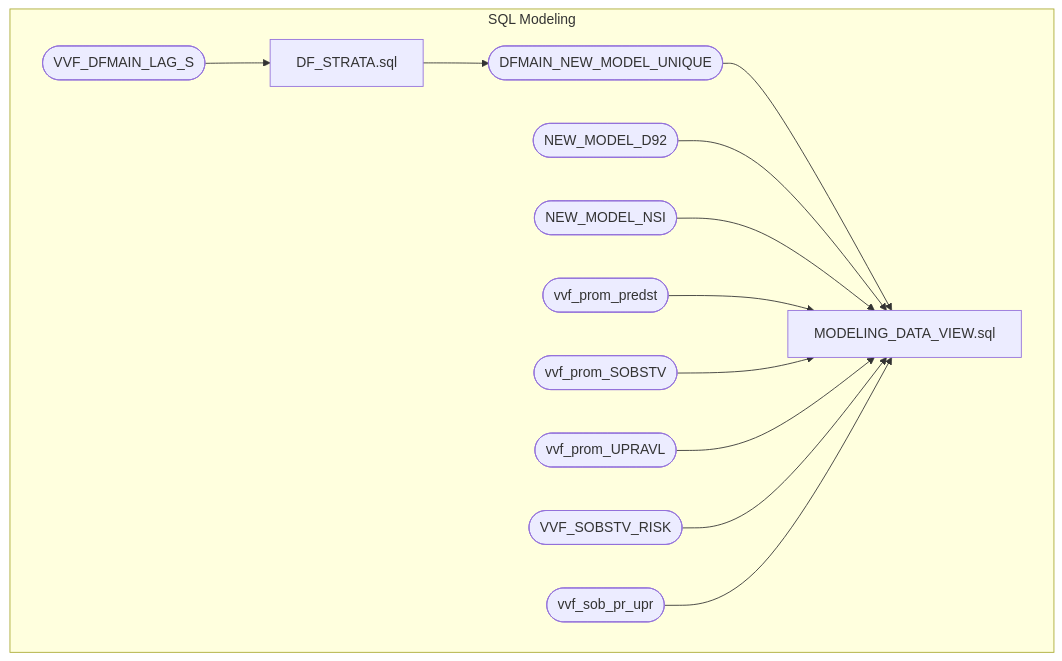
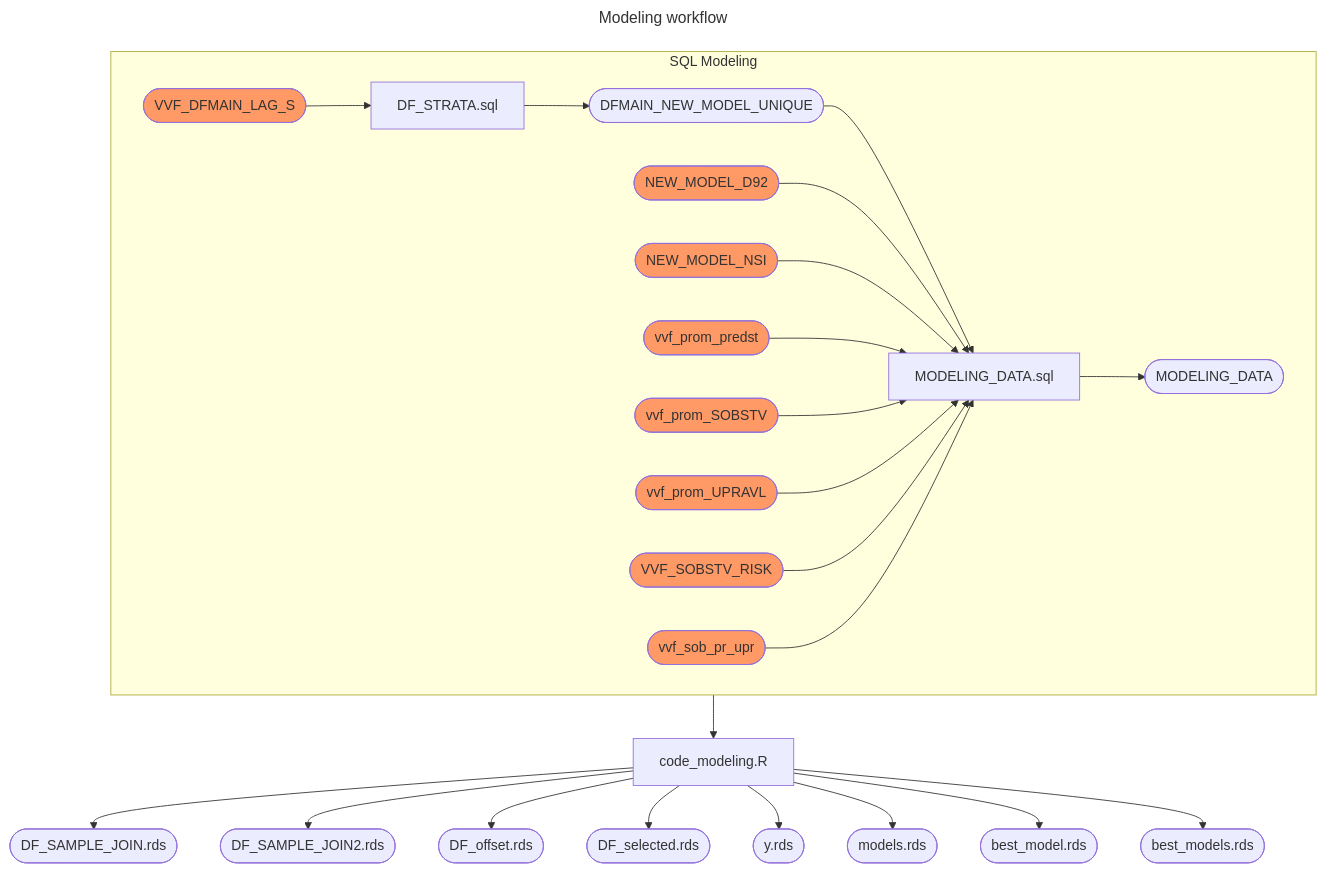
One commit to angel-marchev/case-cold-start-modeling changed the diagram in user-manual.md. Above: the diagram before and after it, drawn with Mermaid.

````diff
--- a/user-manual.md
+++ b/user-manual.md
@@ -1,18 +1,38 @@
 ```mermaid
+---
+title: Modeling workflow
+---
 flowchart TD;
   subgraph sql_model["SQL Modeling"]
     direction LR
     input_data([VVF_DFMAIN_LAG_S])-->strata[DF_STRATA.sql];
     strata[DF_STRATA.sql]-->strata_table([DFMAIN_NEW_MODEL_UNIQUE]);
-    strata_table([DFMAIN_NEW_MODEL_UNIQUE])-->modeling[MODELING_DATA_VIEW.sql];
-    dekl92([NEW_MODEL_D92])-->modeling[MODELING_DATA_VIEW.sql];
-    gfo([NEW_MODEL_NSI])-->modeling[MODELING_DATA_VIEW.sql];
-    flag_predst([vvf_prom_predst])-->modeling[MODELING_DATA_VIEW.sql];
-    flag_sobst([vvf_prom_SOBSTV])-->modeling[MODELING_DATA_VIEW.sql];
-    flag_uprav([vvf_prom_UPRAVL])-->modeling[MODELING_DATA_VIEW.sql];
-    flag_sobst_risk([VVF_SOBSTV_RISK])-->modeling[MODELING_DATA_VIEW.sql];
-    flag_promeni([vvf_sob_pr_upr])-->modeling[MODELING_DATA_VIEW.sql];
+    strata_table([DFMAIN_NEW_MODEL_UNIQUE])-->modeling[MODELING_DATA.sql];
+    dekl92([NEW_MODEL_D92])-->modeling[MODELING_DATA.sql];
+    gfo([NEW_MODEL_NSI])-->modeling[MODELING_DATA.sql];
+    flag_predst([vvf_prom_predst])-->modeling[MODELING_DATA.sql];
+    flag_sobst([vvf_prom_SOBSTV])-->modeling[MODELING_DATA.sql];
+    flag_uprav([vvf_prom_UPRAVL])-->modeling[MODELING_DATA.sql];
+    flag_sobst_risk([VVF_SOBSTV_RISK])-->modeling[MODELING_DATA.sql];
+    flag_promeni([vvf_sob_pr_upr])-->modeling[MODELING_DATA.sql];
+    modeling[MODELING_DATA.sql]-->modeling_table([MODELING_DATA]);
+    class input_data,dekl92,gfo,flag_predst,flag_sobst,flag_uprav,flag_sobst_risk,flag_promeni ToBePrapared;
+    classDef ToBePrapared fill:#f96;  
+   
   end
+
+    modeling_table([MODELING_DATA])-->r_model[code_modeling.R];
+    r_model[code_modeling.R]-->output1([DF_SAMPLE_JOIN.rds]);
+    r_model[code_modeling.R]-->output2([DF_SAMPLE_JOIN2.rds]);
+    r_model[code_modeling.R]-->output3([DF_offset.rds]);
+    r_model[code_modeling.R]-->output4([DF_selected.rds]);
+    r_model[code_modeling.R]-->output5([y.rds]);
+    r_model[code_modeling.R]-->output6([models.rds]);
+    r_model[code_modeling.R]-->output7([best_model.rds]);
+    r_model[code_modeling.R]-->output8([best_models.rds]);
+        
+    
+  
 
 
 ```
````
